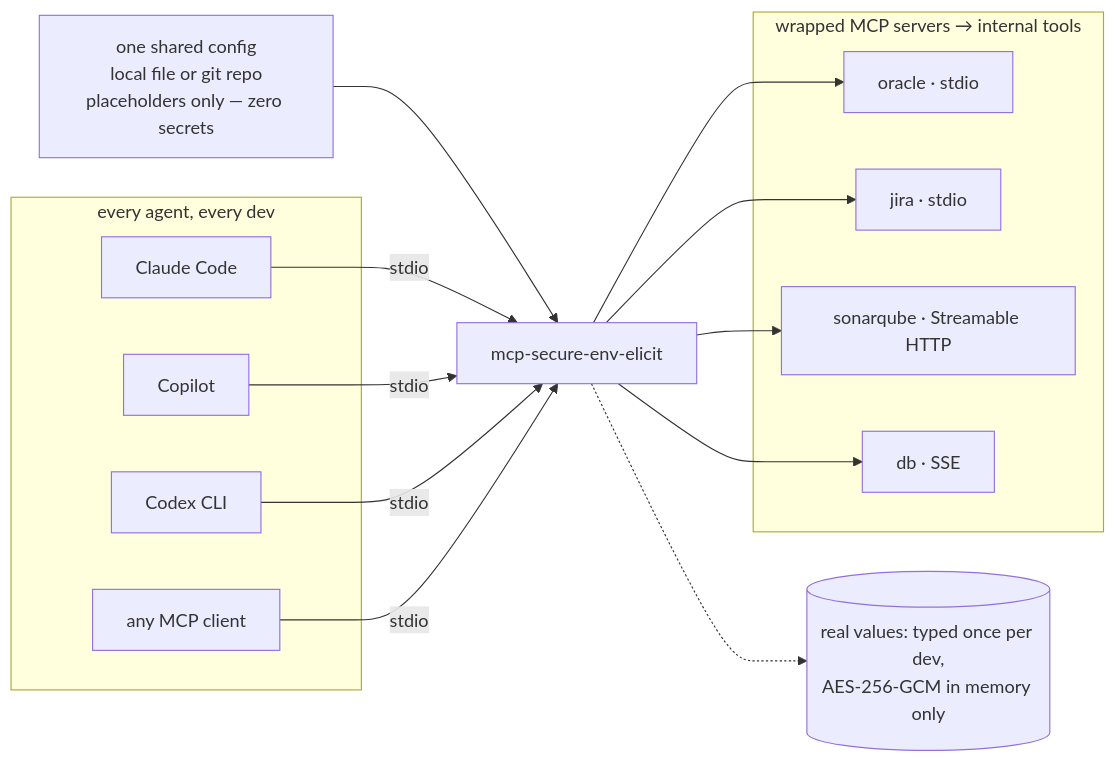
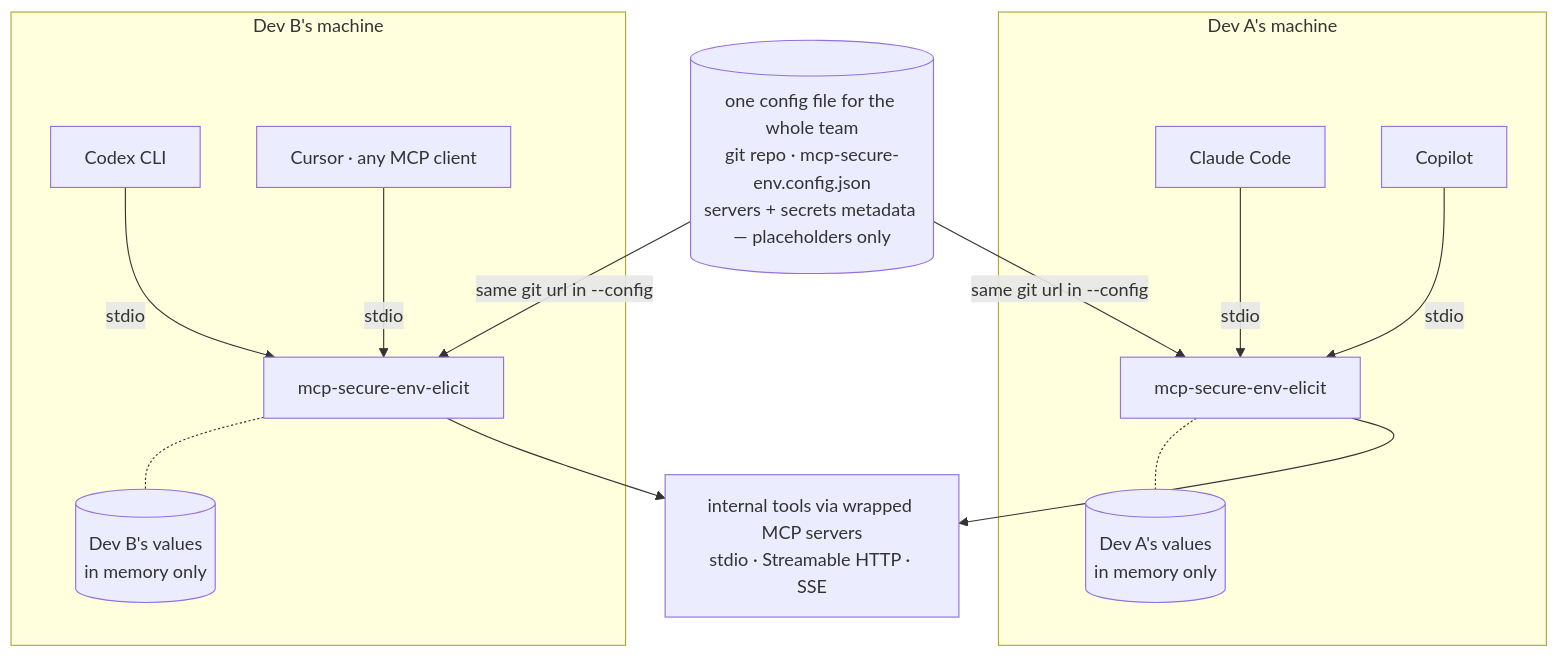
Before and after one commit to gcorroto/mcp-secure-env-elicit: the third of 4 diagrams in README.md, drawn with Mermaid. The commit also changed other lines of this file, not shown here.

Commit message:
docs: one team-wide config repo feeding every dev and agent in the Why diagram

````diff
--- a/README.md
+++ b/README.md
@@ -46,19 +46,24 @@
 ```mermaid
-flowchart LR
-    subgraph agents["every agent, every dev"]
-        c1["Claude Code"]
-        c2["Copilot"]
-        c3["Codex CLI"]
-        c4["any MCP client"]
+flowchart TB
+    repo[("one config file for the whole team<br/>git repo · mcp-secure-env.config.json<br/>servers + secrets metadata — placeholders only")]
+    subgraph devA["Dev A's machine"]
+        a1["Claude Code"]
+        a2["Copilot"]
+        wA["mcp-secure-env-elicit"]
+        vA[("Dev A's values<br/>in memory only")]
+        a1 & a2 -- "stdio" --> wA
+        wA -.- vA
     end
-    subgraph wrapped["wrapped MCP servers → internal tools"]
-        t1["oracle · stdio"]
-        t2["jira · stdio"]
-        t3["sonarqube · Streamable HTTP"]
-        t4["db · SSE"]
+    subgraph devB["Dev B's machine"]
+        b1["Codex CLI"]
+        b2["Cursor · any MCP client"]
+        wB["mcp-secure-env-elicit"]
+        vB[("Dev B's values<br/>in memory only")]
+        b1 & b2 -- "stdio" --> wB
+        wB -.- vB
     end
-    cfg["one shared config<br/>local file or git repo<br/>placeholders only — zero secrets"] --> w["mcp-secure-env-elicit"]
-    c1 & c2 & c3 & c4 -- "stdio" --> w
-    w --> t1 & t2 & t3 & t4
-    w -.-> vault[("real values: typed once per dev,<br/>AES-256-GCM in memory only")]
+    repo -- "same git url in --config" --> wA
+    repo -- "same git url in --config" --> wB
+    wA --> tools["internal tools via wrapped MCP servers<br/>stdio · Streamable HTTP · SSE"]
+    wB --> tools
 ```
````
